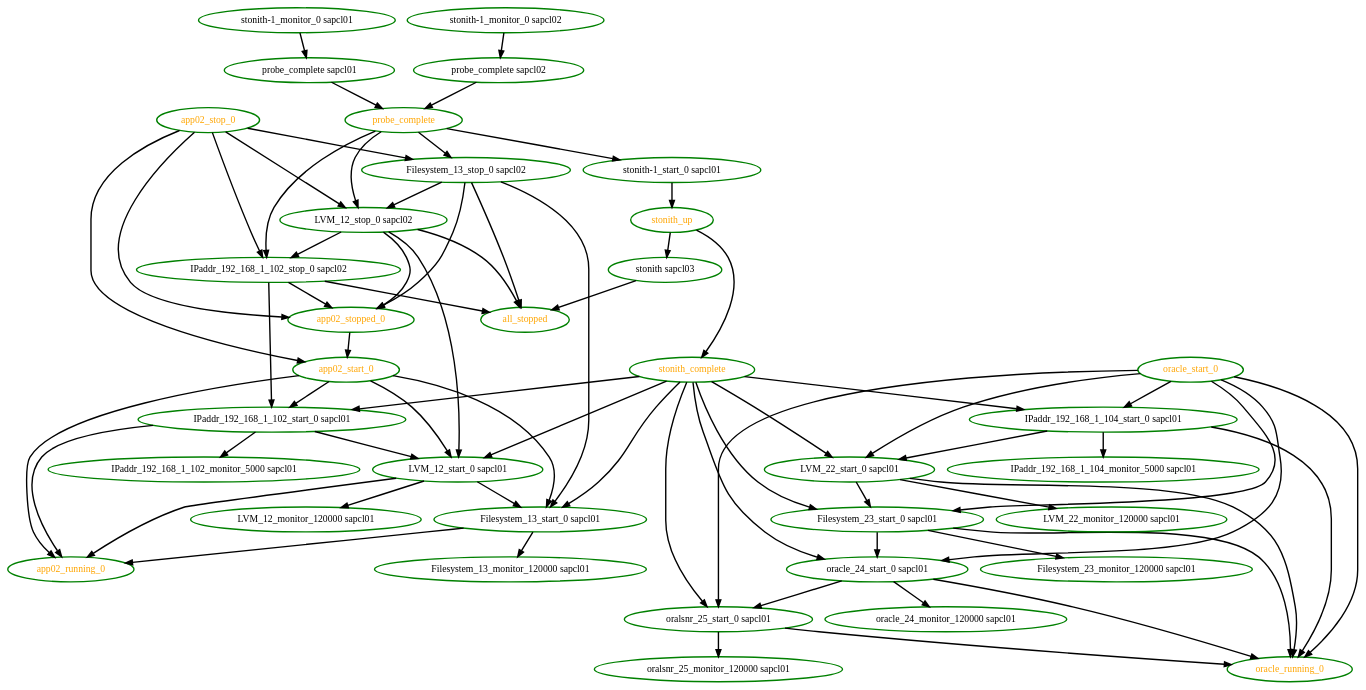
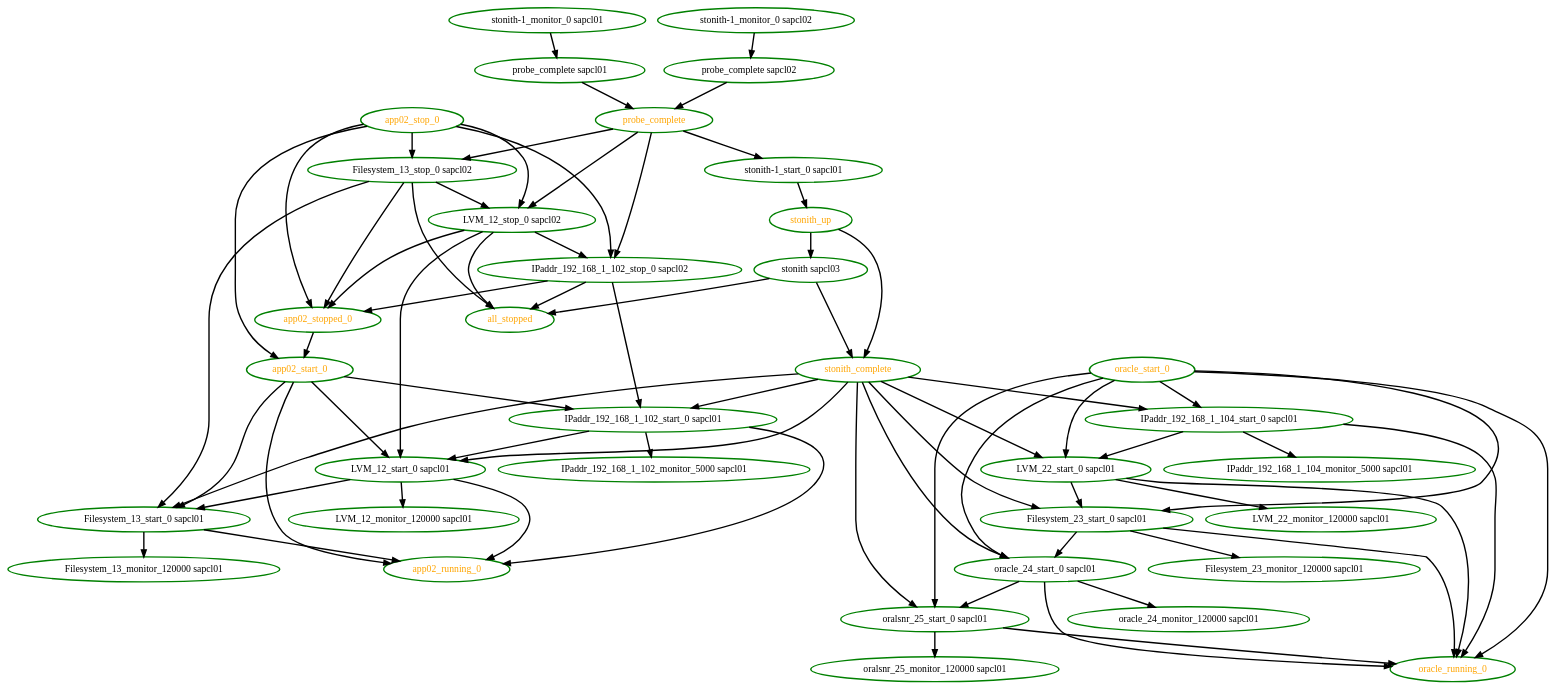
One commit to ClusterLabs/pacemaker-1.0 changed the diagram in pengine/test10/rec-node-15.dot. Above: the diagram before and after it, drawn with Graphviz. The commit also changed 4 other files, not shown here.

```diff
--- a/pengine/test10/rec-node-15.dot
+++ b/pengine/test10/rec-node-15.dot
@@ -1,106 +1,107 @@
 digraph "g" {
 "Filesystem_13_monitor_120000 sapcl01" [ style=bold color="green" fontcolor="black"  ]
 "Filesystem_13_start_0 sapcl01" -> "Filesystem_13_monitor_120000 sapcl01" [ style = bold]
 "Filesystem_13_start_0 sapcl01" -> "app02_running_0" [ style = bold]
 "Filesystem_13_start_0 sapcl01" [ style=bold color="green" fontcolor="black"  ]
 "Filesystem_13_stop_0 sapcl02" -> "Filesystem_13_start_0 sapcl01" [ style = bold]
 "Filesystem_13_stop_0 sapcl02" -> "LVM_12_stop_0 sapcl02" [ style = bold]
 "Filesystem_13_stop_0 sapcl02" -> "all_stopped" [ style = bold]
 "Filesystem_13_stop_0 sapcl02" -> "app02_stopped_0" [ style = bold]
 "Filesystem_13_stop_0 sapcl02" [ style=bold color="green" fontcolor="black"  ]
 "Filesystem_23_monitor_120000 sapcl01" [ style=bold color="green" fontcolor="black"  ]
 "Filesystem_23_start_0 sapcl01" -> "Filesystem_23_monitor_120000 sapcl01" [ style = bold]
 "Filesystem_23_start_0 sapcl01" -> "oracle_24_start_0 sapcl01" [ style = bold]
 "Filesystem_23_start_0 sapcl01" -> "oracle_running_0" [ style = bold]
 "Filesystem_23_start_0 sapcl01" [ style=bold color="green" fontcolor="black"  ]
 "IPaddr_192_168_1_102_monitor_5000 sapcl01" [ style=bold color="green" fontcolor="black"  ]
 "IPaddr_192_168_1_102_start_0 sapcl01" -> "IPaddr_192_168_1_102_monitor_5000 sapcl01" [ style = bold]
 "IPaddr_192_168_1_102_start_0 sapcl01" -> "LVM_12_start_0 sapcl01" [ style = bold]
 "IPaddr_192_168_1_102_start_0 sapcl01" -> "app02_running_0" [ style = bold]
 "IPaddr_192_168_1_102_start_0 sapcl01" [ style=bold color="green" fontcolor="black"  ]
 "IPaddr_192_168_1_102_stop_0 sapcl02" -> "IPaddr_192_168_1_102_start_0 sapcl01" [ style = bold]
 "IPaddr_192_168_1_102_stop_0 sapcl02" -> "all_stopped" [ style = bold]
 "IPaddr_192_168_1_102_stop_0 sapcl02" -> "app02_stopped_0" [ style = bold]
 "IPaddr_192_168_1_102_stop_0 sapcl02" [ style=bold color="green" fontcolor="black"  ]
 "IPaddr_192_168_1_104_monitor_5000 sapcl01" [ style=bold color="green" fontcolor="black"  ]
 "IPaddr_192_168_1_104_start_0 sapcl01" -> "IPaddr_192_168_1_104_monitor_5000 sapcl01" [ style = bold]
 "IPaddr_192_168_1_104_start_0 sapcl01" -> "LVM_22_start_0 sapcl01" [ style = bold]
 "IPaddr_192_168_1_104_start_0 sapcl01" -> "oracle_running_0" [ style = bold]
 "IPaddr_192_168_1_104_start_0 sapcl01" [ style=bold color="green" fontcolor="black"  ]
 "LVM_12_monitor_120000 sapcl01" [ style=bold color="green" fontcolor="black"  ]
 "LVM_12_start_0 sapcl01" -> "Filesystem_13_start_0 sapcl01" [ style = bold]
 "LVM_12_start_0 sapcl01" -> "LVM_12_monitor_120000 sapcl01" [ style = bold]
 "LVM_12_start_0 sapcl01" -> "app02_running_0" [ style = bold]
 "LVM_12_start_0 sapcl01" [ style=bold color="green" fontcolor="black"  ]
 "LVM_12_stop_0 sapcl02" -> "IPaddr_192_168_1_102_stop_0 sapcl02" [ style = bold]
 "LVM_12_stop_0 sapcl02" -> "LVM_12_start_0 sapcl01" [ style = bold]
 "LVM_12_stop_0 sapcl02" -> "all_stopped" [ style = bold]
 "LVM_12_stop_0 sapcl02" -> "app02_stopped_0" [ style = bold]
 "LVM_12_stop_0 sapcl02" [ style=bold color="green" fontcolor="black"  ]
 "LVM_22_monitor_120000 sapcl01" [ style=bold color="green" fontcolor="black"  ]
 "LVM_22_start_0 sapcl01" -> "Filesystem_23_start_0 sapcl01" [ style = bold]
 "LVM_22_start_0 sapcl01" -> "LVM_22_monitor_120000 sapcl01" [ style = bold]
 "LVM_22_start_0 sapcl01" -> "oracle_running_0" [ style = bold]
 "LVM_22_start_0 sapcl01" [ style=bold color="green" fontcolor="black"  ]
 "all_stopped" [ style=bold color="green" fontcolor="orange"  ]
 "app02_running_0" [ style=bold color="green" fontcolor="orange"  ]
 "app02_start_0" -> "Filesystem_13_start_0 sapcl01" [ style = bold]
 "app02_start_0" -> "IPaddr_192_168_1_102_start_0 sapcl01" [ style = bold]
 "app02_start_0" -> "LVM_12_start_0 sapcl01" [ style = bold]
 "app02_start_0" -> "app02_running_0" [ style = bold]
 "app02_start_0" [ style=bold color="green" fontcolor="orange"  ]
 "app02_stop_0" -> "Filesystem_13_stop_0 sapcl02" [ style = bold]
 "app02_stop_0" -> "IPaddr_192_168_1_102_stop_0 sapcl02" [ style = bold]
 "app02_stop_0" -> "LVM_12_stop_0 sapcl02" [ style = bold]
 "app02_stop_0" -> "app02_start_0" [ style = bold]
 "app02_stop_0" -> "app02_stopped_0" [ style = bold]
 "app02_stop_0" [ style=bold color="green" fontcolor="orange"  ]
 "app02_stopped_0" -> "app02_start_0" [ style = bold]
 "app02_stopped_0" [ style=bold color="green" fontcolor="orange"  ]
 "oracle_24_monitor_120000 sapcl01" [ style=bold color="green" fontcolor="black"  ]
 "oracle_24_start_0 sapcl01" -> "oracle_24_monitor_120000 sapcl01" [ style = bold]
 "oracle_24_start_0 sapcl01" -> "oracle_running_0" [ style = bold]
 "oracle_24_start_0 sapcl01" -> "oralsnr_25_start_0 sapcl01" [ style = bold]
 "oracle_24_start_0 sapcl01" [ style=bold color="green" fontcolor="black"  ]
 "oracle_running_0" [ style=bold color="green" fontcolor="orange"  ]
 "oracle_start_0" -> "Filesystem_23_start_0 sapcl01" [ style = bold]
 "oracle_start_0" -> "IPaddr_192_168_1_104_start_0 sapcl01" [ style = bold]
 "oracle_start_0" -> "LVM_22_start_0 sapcl01" [ style = bold]
 "oracle_start_0" -> "oracle_24_start_0 sapcl01" [ style = bold]
 "oracle_start_0" -> "oracle_running_0" [ style = bold]
 "oracle_start_0" -> "oralsnr_25_start_0 sapcl01" [ style = bold]
 "oracle_start_0" [ style=bold color="green" fontcolor="orange"  ]
 "oralsnr_25_monitor_120000 sapcl01" [ style=bold color="green" fontcolor="black"  ]
 "oralsnr_25_start_0 sapcl01" -> "oracle_running_0" [ style = bold]
 "oralsnr_25_start_0 sapcl01" -> "oralsnr_25_monitor_120000 sapcl01" [ style = bold]
 "oralsnr_25_start_0 sapcl01" [ style=bold color="green" fontcolor="black"  ]
 "probe_complete sapcl01" -> "probe_complete" [ style = bold]
 "probe_complete sapcl01" [ style=bold color="green" fontcolor="black"  ]
 "probe_complete sapcl02" -> "probe_complete" [ style = bold]
 "probe_complete sapcl02" [ style=bold color="green" fontcolor="black"  ]
 "probe_complete" -> "Filesystem_13_stop_0 sapcl02" [ style = bold]
 "probe_complete" -> "IPaddr_192_168_1_102_stop_0 sapcl02" [ style = bold]
 "probe_complete" -> "LVM_12_stop_0 sapcl02" [ style = bold]
 "probe_complete" -> "stonith-1_start_0 sapcl01" [ style = bold]
 "probe_complete" [ style=bold color="green" fontcolor="orange"  ]
 "stonith sapcl03" -> "all_stopped" [ style = bold]
+"stonith sapcl03" -> "stonith_complete" [ style = bold]
 "stonith sapcl03" [ style=bold color="green" fontcolor="black"  ]
 "stonith-1_monitor_0 sapcl01" -> "probe_complete sapcl01" [ style = bold]
 "stonith-1_monitor_0 sapcl01" [ style=bold color="green" fontcolor="black"  ]
 "stonith-1_monitor_0 sapcl02" -> "probe_complete sapcl02" [ style = bold]
 "stonith-1_monitor_0 sapcl02" [ style=bold color="green" fontcolor="black"  ]
 "stonith-1_start_0 sapcl01" -> "stonith_up" [ style = bold]
 "stonith-1_start_0 sapcl01" [ style=bold color="green" fontcolor="black"  ]
 "stonith_complete" -> "Filesystem_13_start_0 sapcl01" [ style = bold]
 "stonith_complete" -> "Filesystem_23_start_0 sapcl01" [ style = bold]
 "stonith_complete" -> "IPaddr_192_168_1_102_start_0 sapcl01" [ style = bold]
 "stonith_complete" -> "IPaddr_192_168_1_104_start_0 sapcl01" [ style = bold]
 "stonith_complete" -> "LVM_12_start_0 sapcl01" [ style = bold]
 "stonith_complete" -> "LVM_22_start_0 sapcl01" [ style = bold]
 "stonith_complete" -> "oracle_24_start_0 sapcl01" [ style = bold]
 "stonith_complete" -> "oralsnr_25_start_0 sapcl01" [ style = bold]
 "stonith_complete" [ style=bold color="green" fontcolor="orange"  ]
 "stonith_up" -> "stonith sapcl03" [ style = bold]
 "stonith_up" -> "stonith_complete" [ style = bold]
 "stonith_up" [ style=bold color="green" fontcolor="orange"  ]
 }
```
